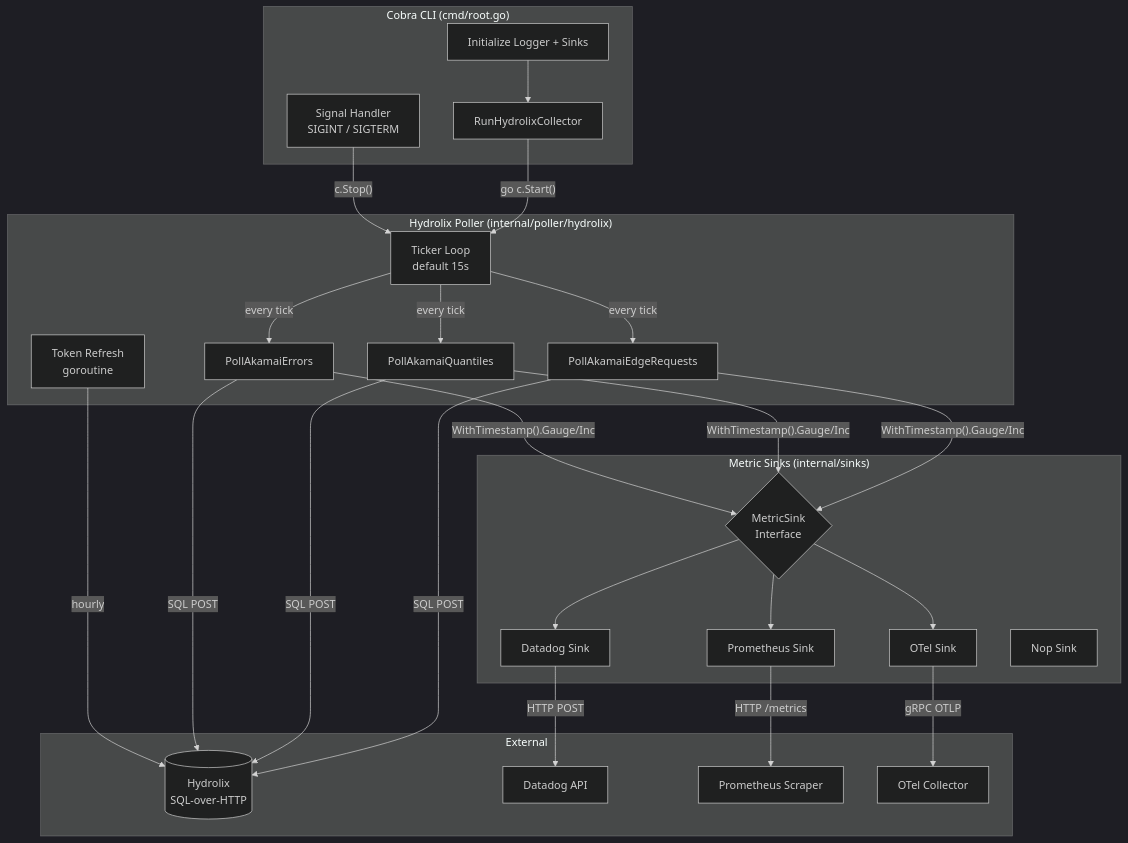
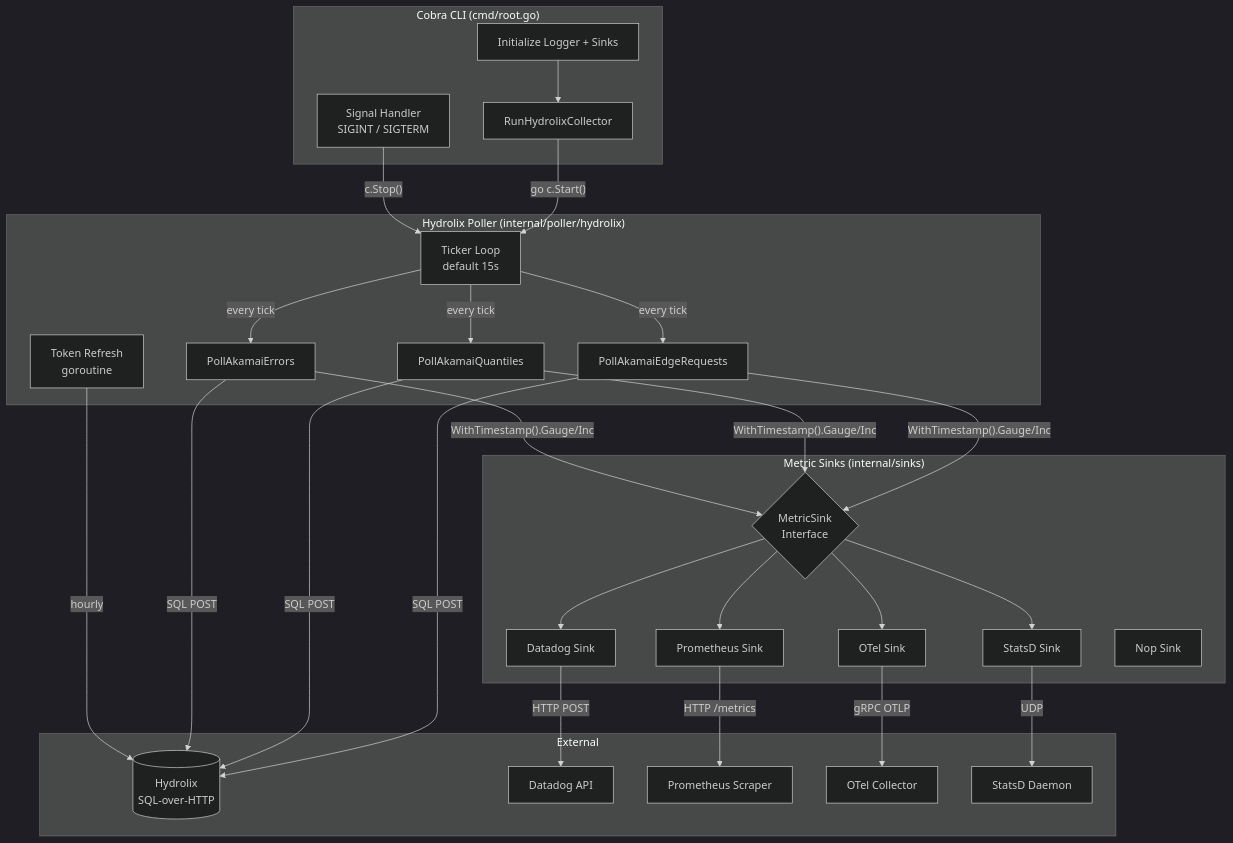
The first of 5 diagrams in ARCHITECTURE.md (mercereau/hydrolix-metrics-go), drawn with Mermaid (dark theme) before and after one commit. The commit also changed other lines of this file and 1 other file, not shown here.

Commit message:
update architecture and design docs

````diff
--- a/ARCHITECTURE.md
+++ b/ARCHITECTURE.md
@@ -7,46 +7,49 @@
 ```mermaid
 flowchart TB
     subgraph External
         HDX[(Hydrolix<br/>SQL-over-HTTP)]
         DD[Datadog API]
         PROM_SC[Prometheus Scraper]
         OTEL_COL[OTel Collector]
+        STATSD[StatsD Daemon]
     end
 
     subgraph CLI["Cobra CLI (cmd/root.go)"]
         INIT[Initialize Logger + Sinks]
         RUN[RunHydrolixCollector]
         SIG[Signal Handler<br/>SIGINT / SIGTERM]
     end
 
     subgraph Poller["Hydrolix Poller (internal/poller/hydrolix)"]
         TICKER[Ticker Loop<br/>default 15s]
         Q1[PollAkamaiEdgeRequests]
         Q2[PollAkamaiQuantiles]
         Q3[PollAkamaiErrors]
         TOKEN[Token Refresh<br/>goroutine]
     end
 
     subgraph Sinks["Metric Sinks (internal/sinks)"]
         IF{MetricSink<br/>Interface}
         DS[Datadog Sink]
         PS[Prometheus Sink]
         OS[OTel Sink]
+        SS[StatsD Sink]
         NOP[Nop Sink]
     end
 
     INIT --> RUN
     RUN -->|"go c.Start()"| TICKER
     SIG -->|"c.Stop()"| TICKER
 
     TICKER -->|"every tick"| Q1 & Q2 & Q3
     Q1 & Q2 & Q3 -->|SQL POST| HDX
     Q1 & Q2 & Q3 -->|"WithTimestamp().Gauge/Inc"| IF
 
     TOKEN -->|"hourly"| HDX
 
-    IF --> DS & PS & OS
+    IF --> DS & PS & OS & SS
     DS -->|"HTTP POST"| DD
     PS -->|"HTTP /metrics"| PROM_SC
     OS -->|"gRPC OTLP"| OTEL_COL
+    SS -->|"UDP"| STATSD
 ```
````
